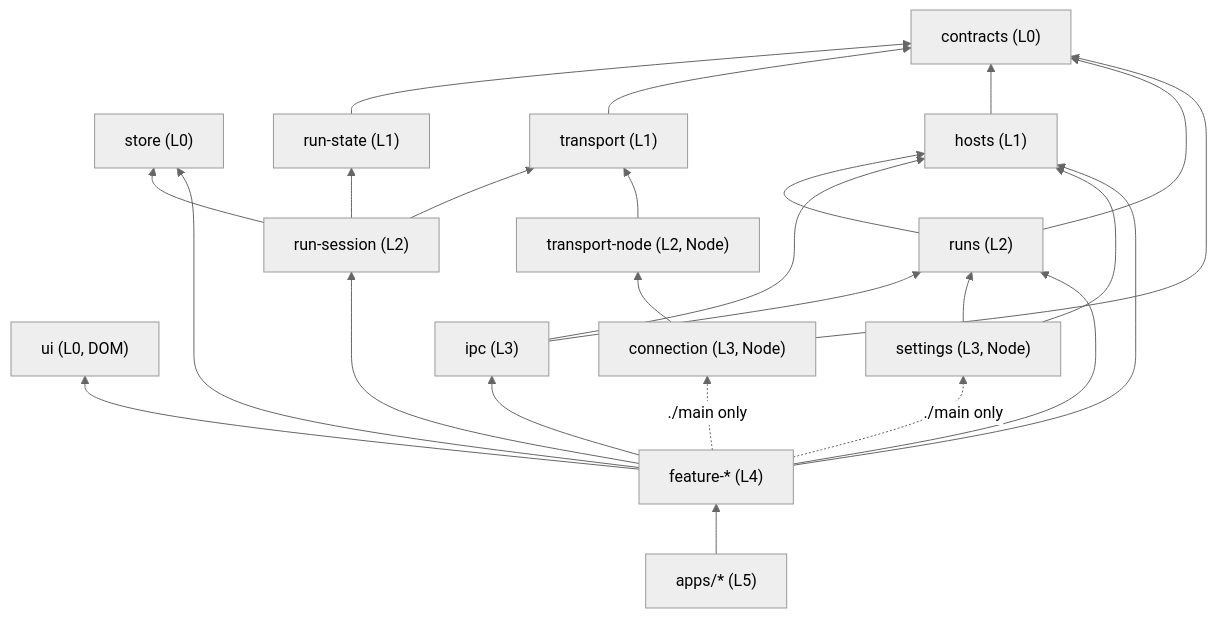
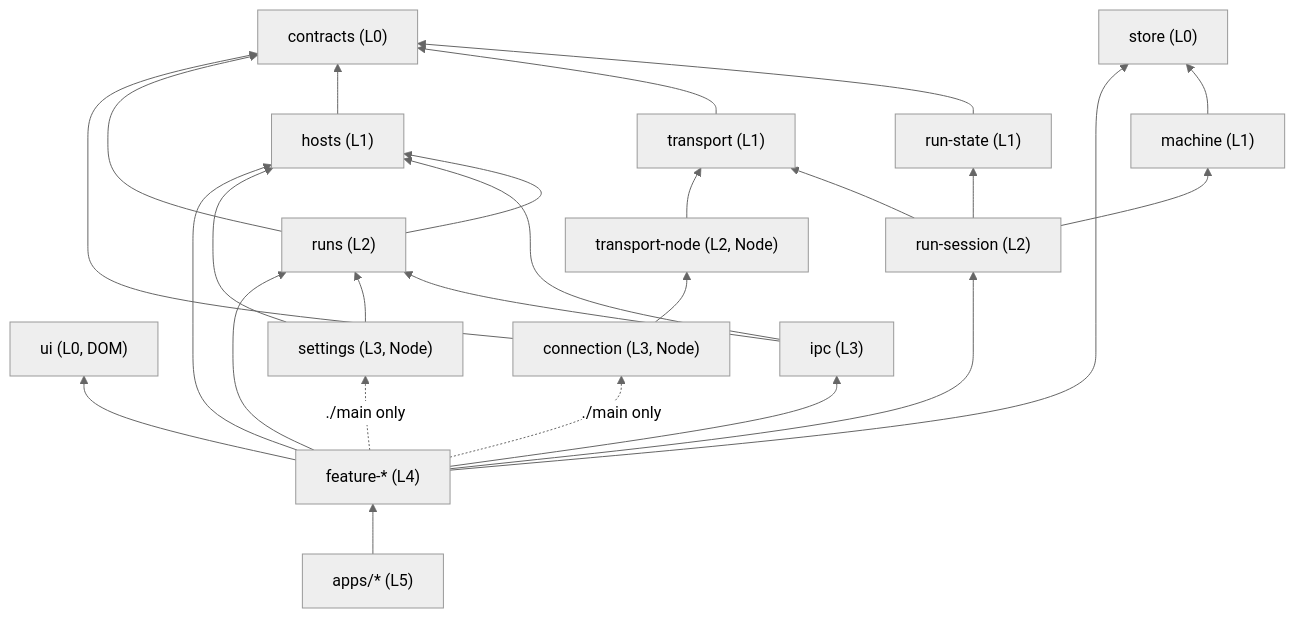
Before and after one commit to uw-syfi/vibesys: the diagram in docs/contributing/clients-architecture.md, drawn with Mermaid (neutral theme). The commit also changed other lines of this file and 44 other files, not shown here.

````diff
--- a/docs/contributing/clients-architecture.md
+++ b/docs/contributing/clients-architecture.md
@@ -64,18 +66,19 @@
 ```mermaid
 flowchart BT
   contracts["contracts (L0)"]
   ui["ui (L0, DOM)"]
   store["store (L0)"]
   run-state["run-state (L1)"] --> contracts
   transport["transport (L1)"] --> contracts
   hosts["hosts (L1)"] --> contracts
   runs["runs (L2)"] --> contracts & hosts
-  run-session["run-session (L2)"] --> run-state & transport & store
+  machine["machine (L1)"] --> store
+  run-session["run-session (L2)"] --> run-state & transport & machine
   transport-node["transport-node (L2, Node)"] --> transport
   ipc["ipc (L3)"] --> hosts & runs
   connection["connection (L3, Node)"] --> contracts & transport-node
   settings["settings (L3, Node)"] --> hosts & runs
   features["feature-* (L4)"] --> run-session & runs & hosts & ipc & ui & store
   features -. "./main only" .-> connection & settings
   apps["apps/* (L5)"] --> features
 ```
````
